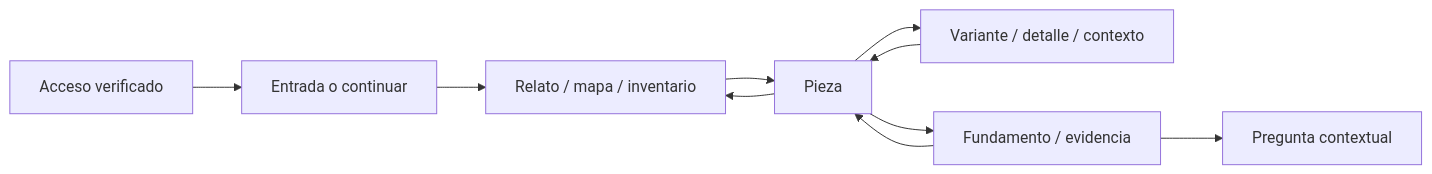
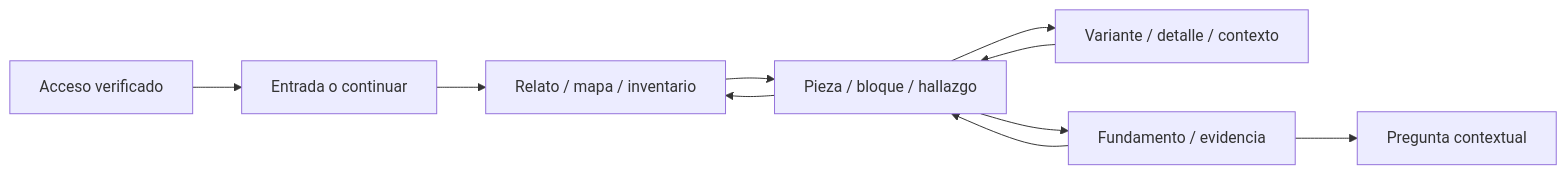
One commit to efeoncepro/greenhouse-eo changed the second of 2 diagrams in docs/ui/flows/rooms-v1.md. Above: the diagram before and after it, drawn with Mermaid. The commit also changed other lines of this file and 20 other files, not shown here.

````diff
--- a/docs/ui/flows/rooms-v1.md
+++ b/docs/ui/flows/rooms-v1.md
@@ -30,12 +30,12 @@
 ```mermaid
 flowchart LR
   A[Acceso verificado] --> B[Entrada o continuar]
   B --> C[Relato / mapa / inventario]
-  C --> D[Pieza]
+  C --> D[Pieza / bloque / hallazgo]
   D --> E[Variante / detalle / contexto]
   D --> F[Fundamento / evidencia]
   F --> Q[Pregunta contextual]
   E --> D
   F --> D
   D --> C
 ```
````
